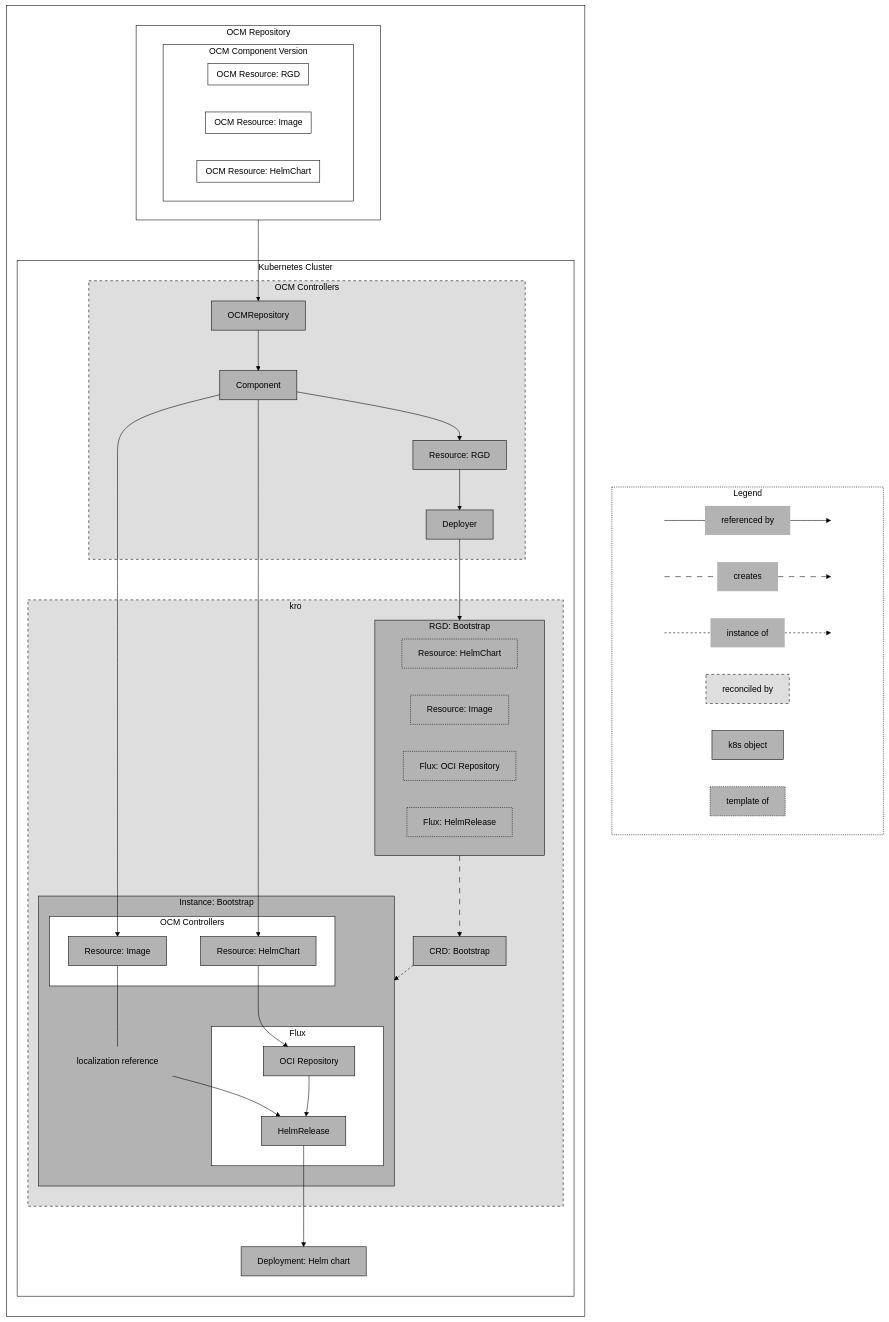
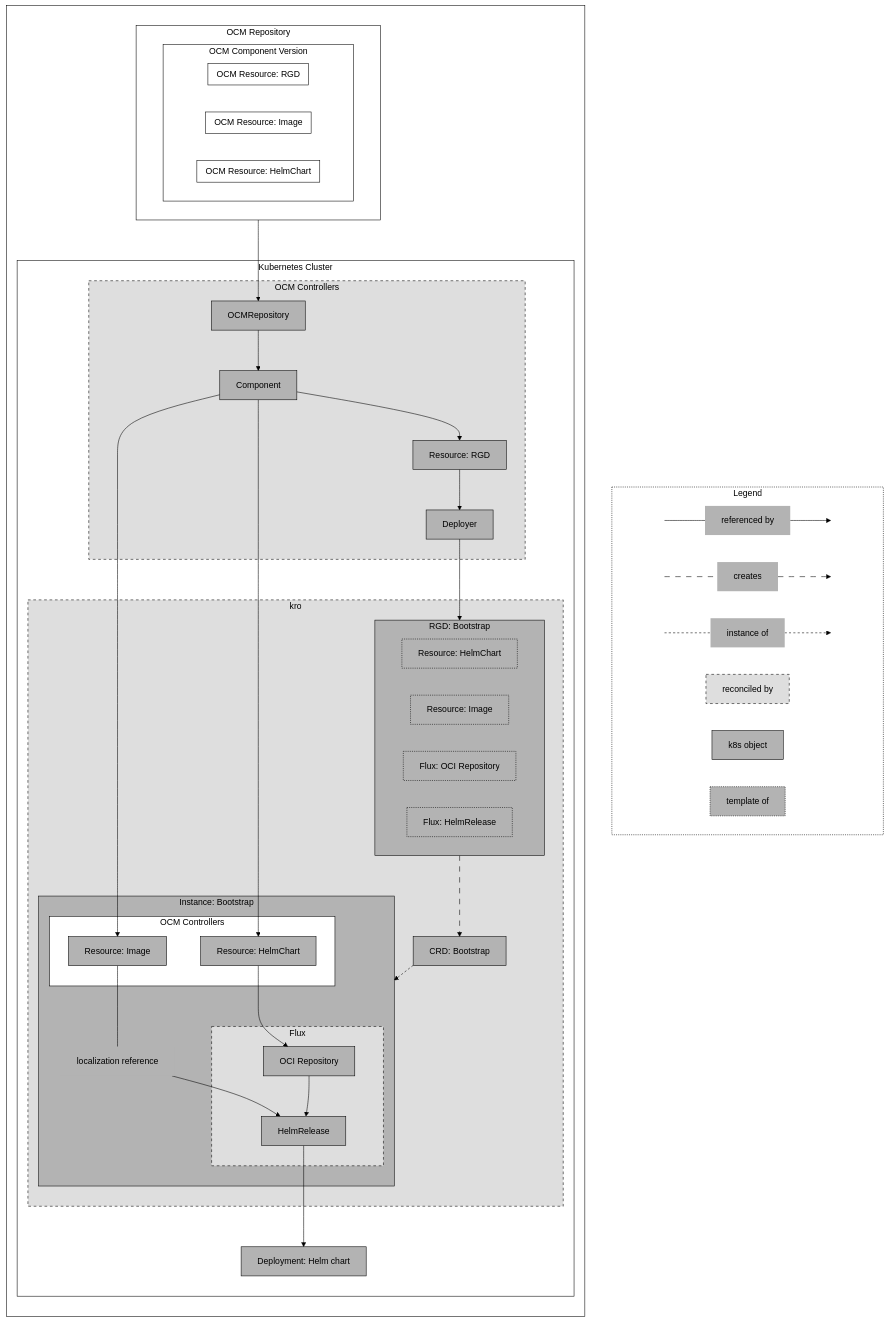
Before and after one commit to open-component-model/ocm-website: the diagram in content/docs/tutorials/deploy-helm-chart-bootstrap.md, drawn with Mermaid (neutral theme).

```diff
--- a/content/docs/tutorials/deploy-helm-chart-bootstrap.md
+++ b/content/docs/tutorials/deploy-helm-chart-bootstrap.md
@@ -121,7 +121,7 @@
     class references,creates,instanceOf legendItems;
     class templateOf,rgdResourceHelm,rgdResourceImage,rgdSource,rgdHelmRelease templateOf;
     class info information;
-    class reconciledBy,ocmK8sToolkit,bootstrap,fluxCD,kro reconciledBy;
+    class reconciledBy,ocmK8sToolkit,bootstrap,flux,kro reconciledBy;
     class k8sObject,rgd,k8sRepo,k8sComponent,k8sResourceRGD,k8sDeployer,k8sResourceHelm,k8sResourceImage,source,helmRelease,deployment,crdBootstrap,instanceBootstrap k8sObject;
     class ocmRepo,ocmCV,ocmResourceHelm,ocmResourceRGD,ocmResourceImage ocm;
     class k8sCluster cluster;
```
